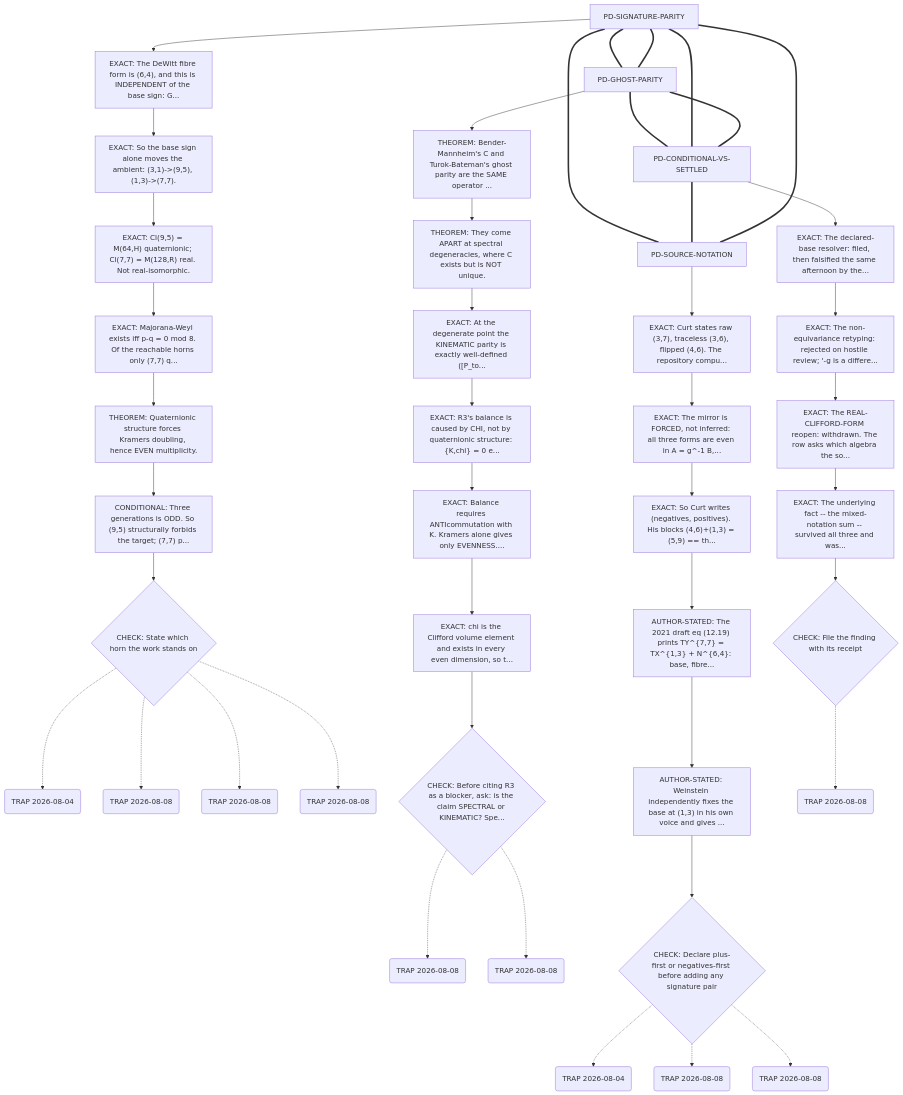
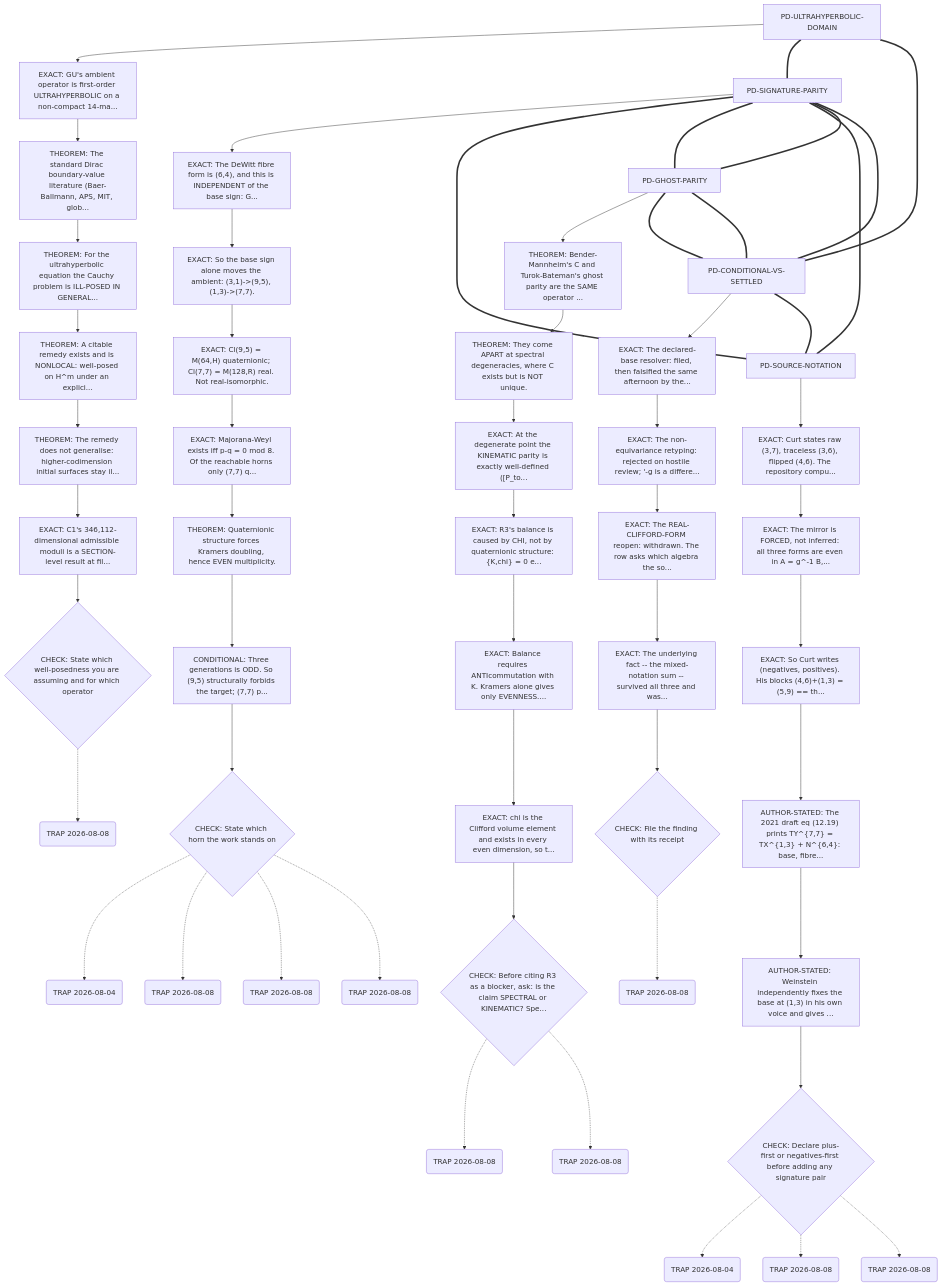
One commit to disruptionjoe/gu-formalization changed the diagram in lab/process/path-dependencies.md. Above: the diagram before and after it, drawn with Mermaid. The commit also changed other lines of this file and 2 other files, not shown here.

First line of the commit message:
Put the ultrahyperbolic finding on surfaces the hourly actually hits

````diff
--- a/lab/process/path-dependencies.md
+++ b/lab/process/path-dependencies.md
@@ -83,6 +83,23 @@
   PD_CONDITIONAL_VS_SETTLED_s3 --> PD_CONDITIONAL_VS_SETTLED_chk
   PD_CONDITIONAL_VS_SETTLED_t0("TRAP 2026-08-08")
   PD_CONDITIONAL_VS_SETTLED_chk -.-> PD_CONDITIONAL_VS_SETTLED_t0
+  PD_ULTRAHYPERBOLIC_DOMAIN["PD-ULTRAHYPERBOLIC-DOMAIN"]
+  PD_ULTRAHYPERBOLIC_DOMAIN_s0["EXACT: GU's ambient operator is first-order ULTRAHYPERBOLIC on a non-compact 14-ma..."]
+  PD_ULTRAHYPERBOLIC_DOMAIN --> PD_ULTRAHYPERBOLIC_DOMAIN_s0
+  PD_ULTRAHYPERBOLIC_DOMAIN_s1["THEOREM: The standard Dirac boundary-value literature (Baer-Ballmann, APS, MIT, glob..."]
+  PD_ULTRAHYPERBOLIC_DOMAIN_s0 --> PD_ULTRAHYPERBOLIC_DOMAIN_s1
+  PD_ULTRAHYPERBOLIC_DOMAIN_s2["THEOREM: For the ultrahyperbolic equation the Cauchy problem is ILL-POSED IN GENERAL..."]
+  PD_ULTRAHYPERBOLIC_DOMAIN_s1 --> PD_ULTRAHYPERBOLIC_DOMAIN_s2
+  PD_ULTRAHYPERBOLIC_DOMAIN_s3["THEOREM: A citable remedy exists and is NONLOCAL: well-posed on H^m under an explici..."]
+  PD_ULTRAHYPERBOLIC_DOMAIN_s2 --> PD_ULTRAHYPERBOLIC_DOMAIN_s3
+  PD_ULTRAHYPERBOLIC_DOMAIN_s4["THEOREM: The remedy does not generalise: higher-codimension initial surfaces stay il..."]
+  PD_ULTRAHYPERBOLIC_DOMAIN_s3 --> PD_ULTRAHYPERBOLIC_DOMAIN_s4
+  PD_ULTRAHYPERBOLIC_DOMAIN_s5["EXACT: C1's 346,112-dimensional admissible moduli is a SECTION-level result at fil..."]
+  PD_ULTRAHYPERBOLIC_DOMAIN_s4 --> PD_ULTRAHYPERBOLIC_DOMAIN_s5
+  PD_ULTRAHYPERBOLIC_DOMAIN_chk{"CHECK: State which well-posedness you are assuming and for which operator"}
+  PD_ULTRAHYPERBOLIC_DOMAIN_s5 --> PD_ULTRAHYPERBOLIC_DOMAIN_chk
+  PD_ULTRAHYPERBOLIC_DOMAIN_t0("TRAP 2026-08-08")
+  PD_ULTRAHYPERBOLIC_DOMAIN_chk -.-> PD_ULTRAHYPERBOLIC_DOMAIN_t0
   PD_SIGNATURE_PARITY === PD_SOURCE_NOTATION
   PD_SIGNATURE_PARITY === PD_GHOST_PARITY
   PD_GHOST_PARITY === PD_SIGNATURE_PARITY
@@ -91,4 +108,6 @@
   PD_CONDITIONAL_VS_SETTLED === PD_SIGNATURE_PARITY
   PD_CONDITIONAL_VS_SETTLED === PD_GHOST_PARITY
   PD_CONDITIONAL_VS_SETTLED === PD_SOURCE_NOTATION
+  PD_ULTRAHYPERBOLIC_DOMAIN === PD_SIGNATURE_PARITY
+  PD_ULTRAHYPERBOLIC_DOMAIN === PD_CONDITIONAL_VS_SETTLED
 ```
````
